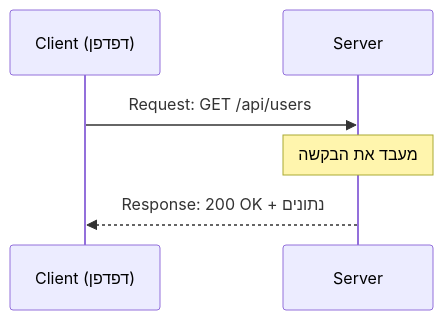
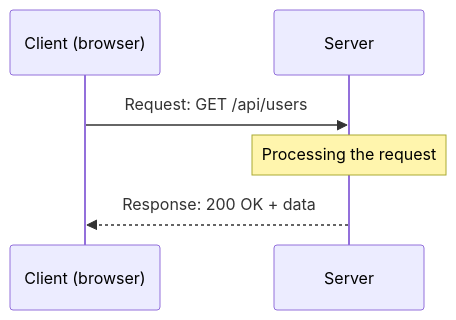
The diagram in content/docs/server/24-http-basics-content.md (neriyaMalachi/FullStack_kodkode_5), drawn with Mermaid before and after one commit. The commit also changed other lines of this file and 117 other files, not shown here.

````diff
--- a/content/docs/server/24-http-basics-content.md
+++ b/content/docs/server/24-http-basics-content.md
@@ -56,8 +56,8 @@
 ```mermaid
 sequenceDiagram
-    participant C as Client (דפדפן)
+    participant C as Client (browser)
     participant S as Server
     C->>S: Request: GET /api/users
-    Note over S: מעבד את הבקשה
-    S-->>C: Response: 200 OK + נתונים
+    Note over S: Processing the request
+    S-->>C: Response: 200 OK + data
 ```
````
